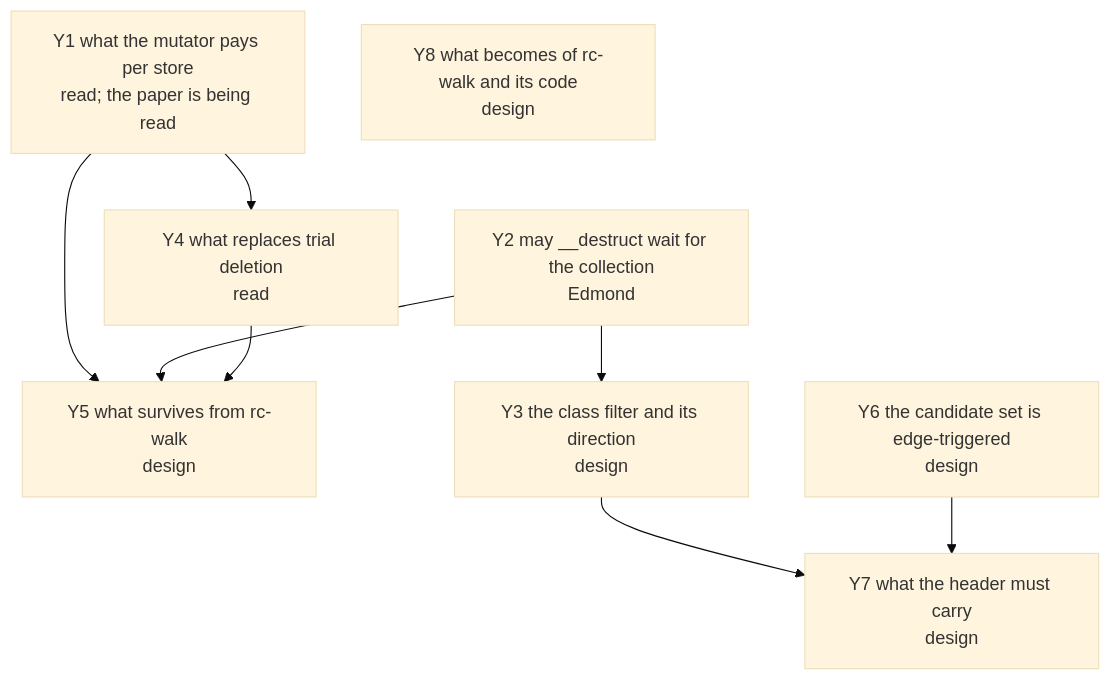
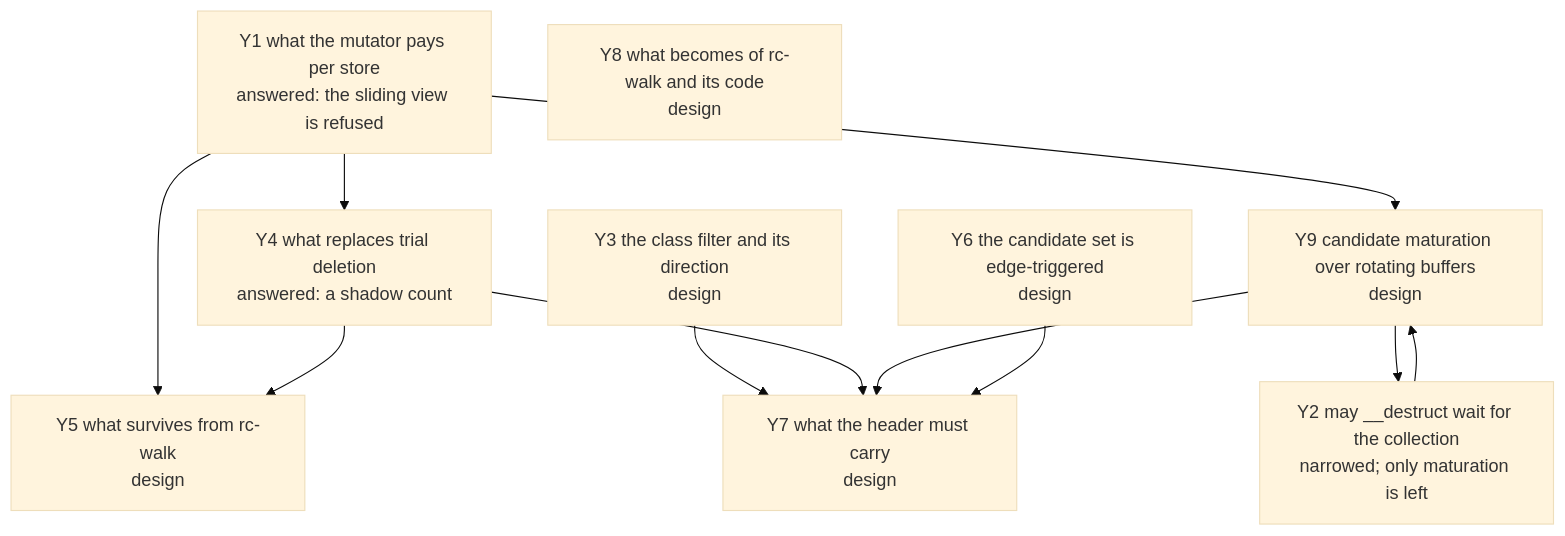
One commit to limelight-lang/rfc changed the diagram in model/gc/cycle/questions.md. Above: the diagram before and after it, drawn with Mermaid (base theme). The commit also changed other lines of this file and 2 other files, not shown here.

````diff
--- a/model/gc/cycle/questions.md
+++ b/model/gc/cycle/questions.md
@@ -15,11 +15,12 @@
 ```mermaid
 flowchart TD
-    Y1[Y1 what the mutator pays per store<br/>read; the paper is being read] --> Y4 & Y5
-    Y2[Y2 may __destruct wait for the collection<br/>Edmond] --> Y3 & Y5
+    Y1[Y1 what the mutator pays per store<br/>answered: the sliding view is refused] --> Y4 & Y5 & Y9
+    Y2[Y2 may __destruct wait for the collection<br/>narrowed; only maturation is left] --> Y9
     Y3[Y3 the class filter and its direction<br/>design] --> Y7
-    Y4[Y4 what replaces trial deletion<br/>read] --> Y5
+    Y4[Y4 what replaces trial deletion<br/>answered: a shadow count] --> Y5 & Y7
+    Y9[Y9 candidate maturation over rotating buffers<br/>design] --> Y2 & Y7
     Y5[Y5 what survives from rc-walk<br/>design]
     Y6[Y6 the candidate set is edge-triggered<br/>design] --> Y7
     Y7[Y7 what the header must carry<br/>design]
     Y8[Y8 what becomes of rc-walk and its code<br/>design]
 ```
````
